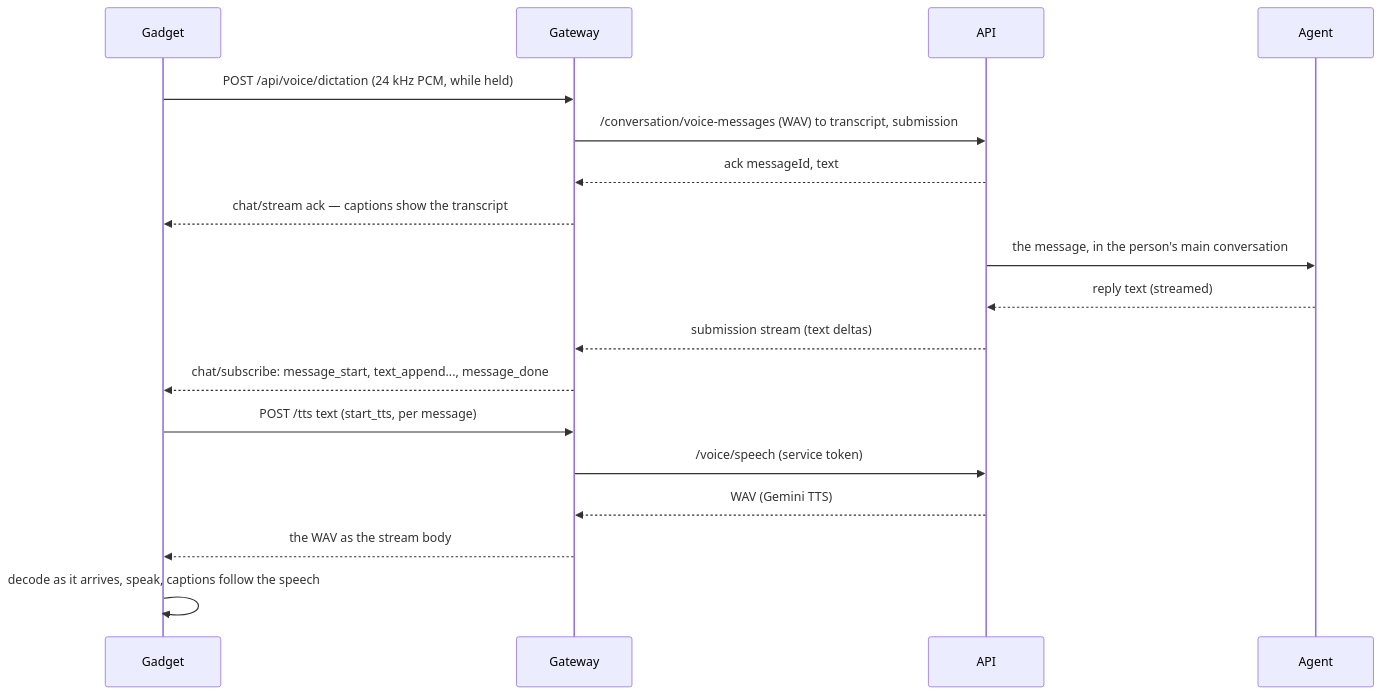
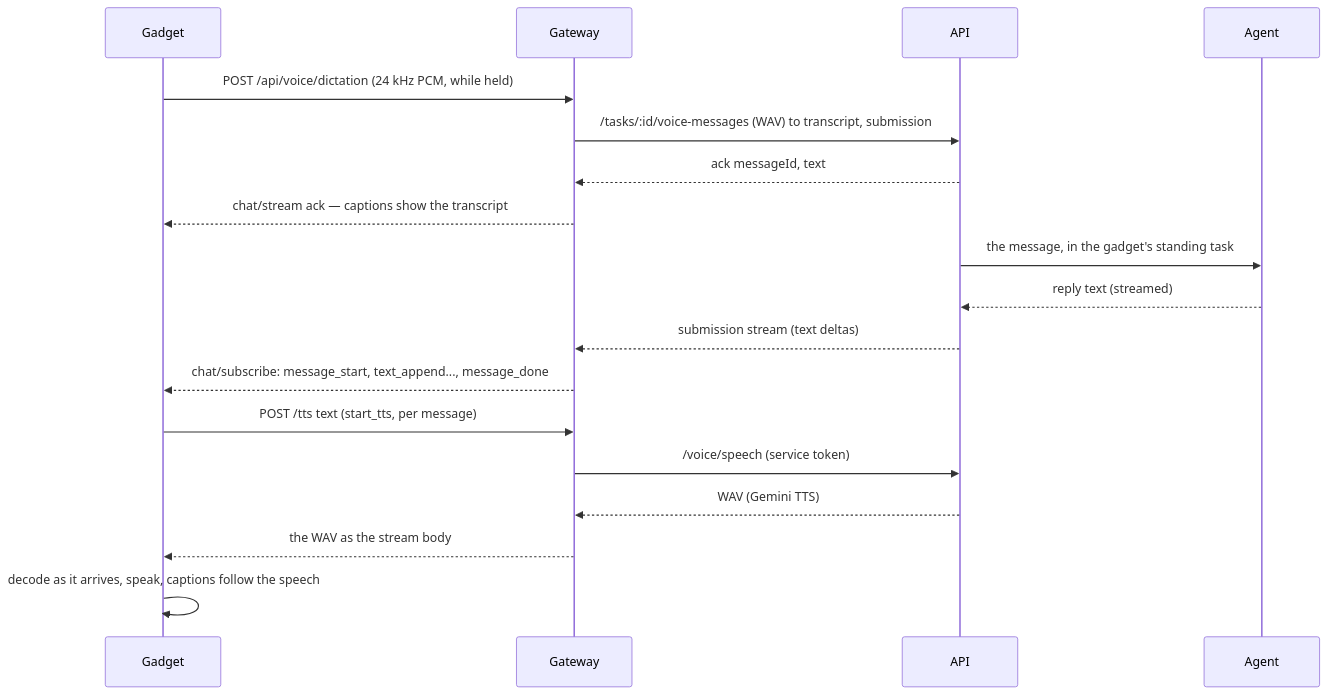
One commit to impoai/impo-gadget-sdk changed the second of 3 diagrams in ARCHITECTURE.md. Above: the diagram before and after it, drawn with Mermaid. The commit also changed other lines of this file and 1 other file, not shown here.

First line of the commit message:
Decision 8: a gadget's words go to its own standing task

````diff
--- a/ARCHITECTURE.md
+++ b/ARCHITECTURE.md
@@ -128,20 +129,20 @@
 ```mermaid
 sequenceDiagram
     participant D as Gadget
     participant G as Gateway
     participant W as API
     participant A as Agent
     D->>G: POST /api/voice/dictation (24 kHz PCM, while held)
-    G->>W: /conversation/voice-messages (WAV) to transcript, submission
+    G->>W: /tasks/:id/voice-messages (WAV) to transcript, submission
     W-->>G: ack messageId, text
     G-->>D: chat/stream ack — captions show the transcript
-    W->>A: the message, in the person's main conversation
+    W->>A: the message, in the gadget's standing task
     A-->>W: reply text (streamed)
     W-->>G: submission stream (text deltas)
     G-->>D: chat/subscribe: message_start, text_append..., message_done
     D->>G: POST /tts text (start_tts, per message)
     G->>W: /voice/speech (service token)
     W-->>G: WAV (Gemini TTS)
     G-->>D: the WAV as the stream body
     D->>D: decode as it arrives, speak, captions follow the speech
 ```
````
